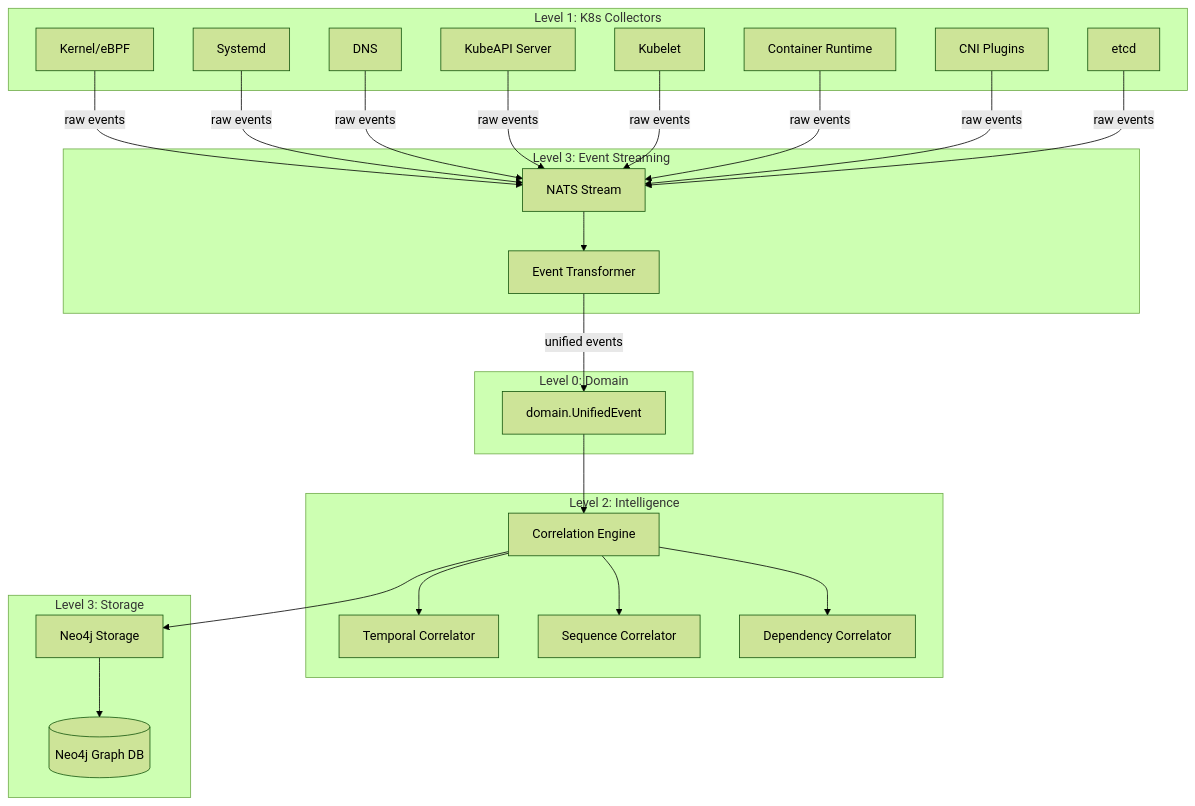
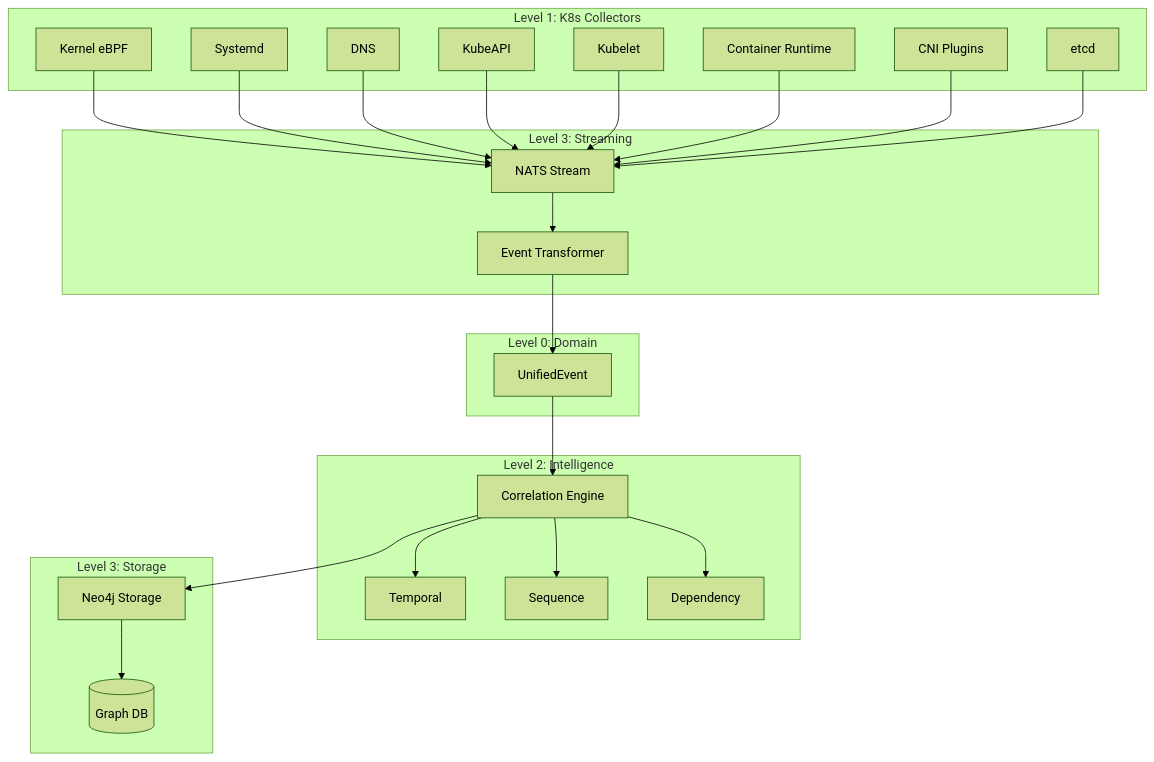
The diagram in README.md (yairfalse/tapio), drawn with Mermaid (forest theme) before and after one commit.

Commit message:
fix: use flowchart syntax to resolve mermaid parsing error
- Changed from graph TD to flowchart TD
- Simplified node names to avoid special characters
- Removed problematic square bracket syntax in labels

````diff
--- a/README.md
+++ b/README.md
@@ -25,52 +25,52 @@
 ```mermaid
-graph TD
-    subgraph Collectors["Level 1: K8s Collectors"]
-        K[Kernel/eBPF]
+flowchart TD
+    subgraph C [Level 1: K8s Collectors]
+        K[Kernel eBPF]
         S[Systemd]
         DNS[DNS]
-        KA[KubeAPI Server]
+        KA[KubeAPI]
         KL[Kubelet]
         CRI[Container Runtime]
         CNI[CNI Plugins]
         E[etcd]
     end
     
-    subgraph Streaming["Level 3: Event Streaming"]
+    subgraph ST [Level 3: Streaming]
         NATS[NATS Stream]
         TRANS[Event Transformer]
     end
     
-    subgraph Domain["Level 0: Domain"]
-        D[domain.UnifiedEvent]
+    subgraph D [Level 0: Domain]
+        UE[UnifiedEvent]
     end
     
-    subgraph Intelligence["Level 2: Intelligence"]
+    subgraph I [Level 2: Intelligence]
         CE[Correlation Engine]
-        TC[Temporal Correlator]
-        SC[Sequence Correlator]
-        DC[Dependency Correlator]
+        TC[Temporal]
+        SC[Sequence]
+        DC[Dependency]
     end
     
-    subgraph Storage["Level 3: Storage"]
+    subgraph STO [Level 3: Storage]
         NEO[Neo4j Storage]
-        Graph[(Neo4j Graph DB)]
+        Graph[(Graph DB)]
     end
     
-    K -->|raw events| NATS
-    S -->|raw events| NATS
-    DNS -->|raw events| NATS
-    KA -->|raw events| NATS
-    KL -->|raw events| NATS
-    CRI -->|raw events| NATS
-    CNI -->|raw events| NATS
-    E -->|raw events| NATS
+    K --> NATS
+    S --> NATS
+    DNS --> NATS
+    KA --> NATS
+    KL --> NATS
+    CRI --> NATS
+    CNI --> NATS
+    E --> NATS
     
     NATS --> TRANS
-    TRANS -->|unified events| D
-    D --> CE
+    TRANS --> UE
+    UE --> CE
     CE --> TC
     CE --> SC
     CE --> DC
     CE --> NEO
     NEO --> Graph
 ```
````
